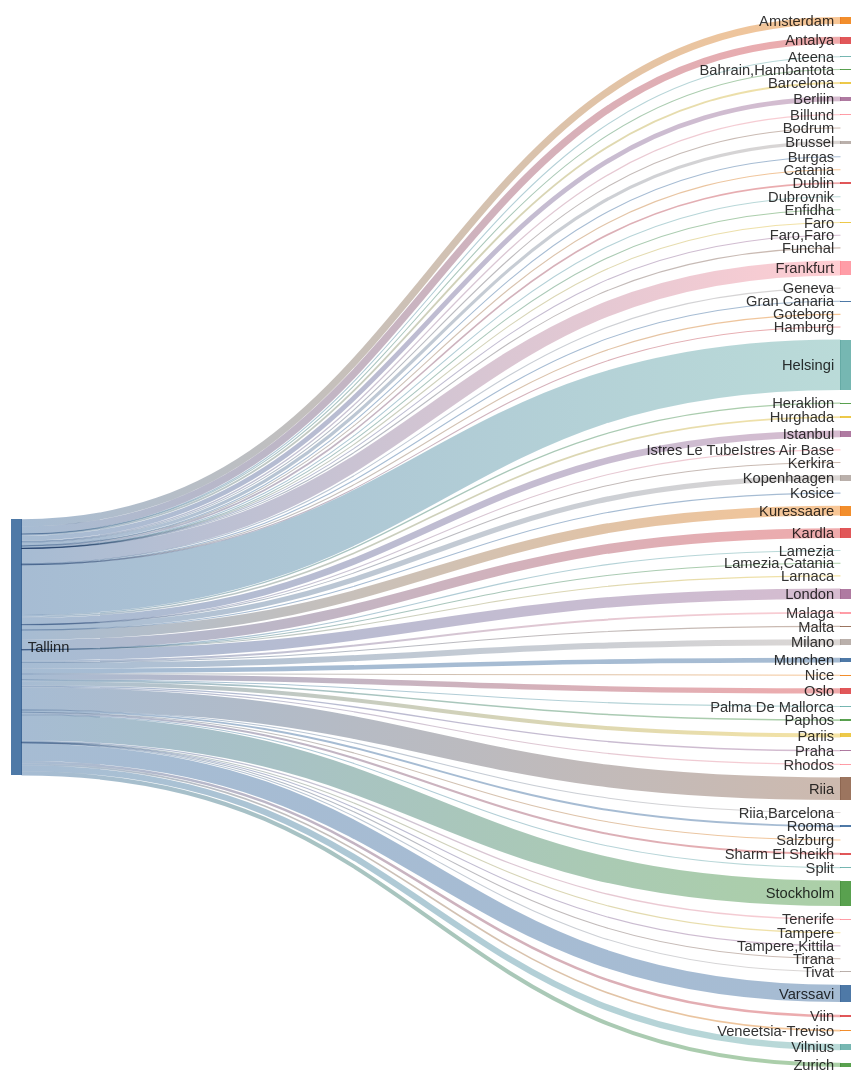
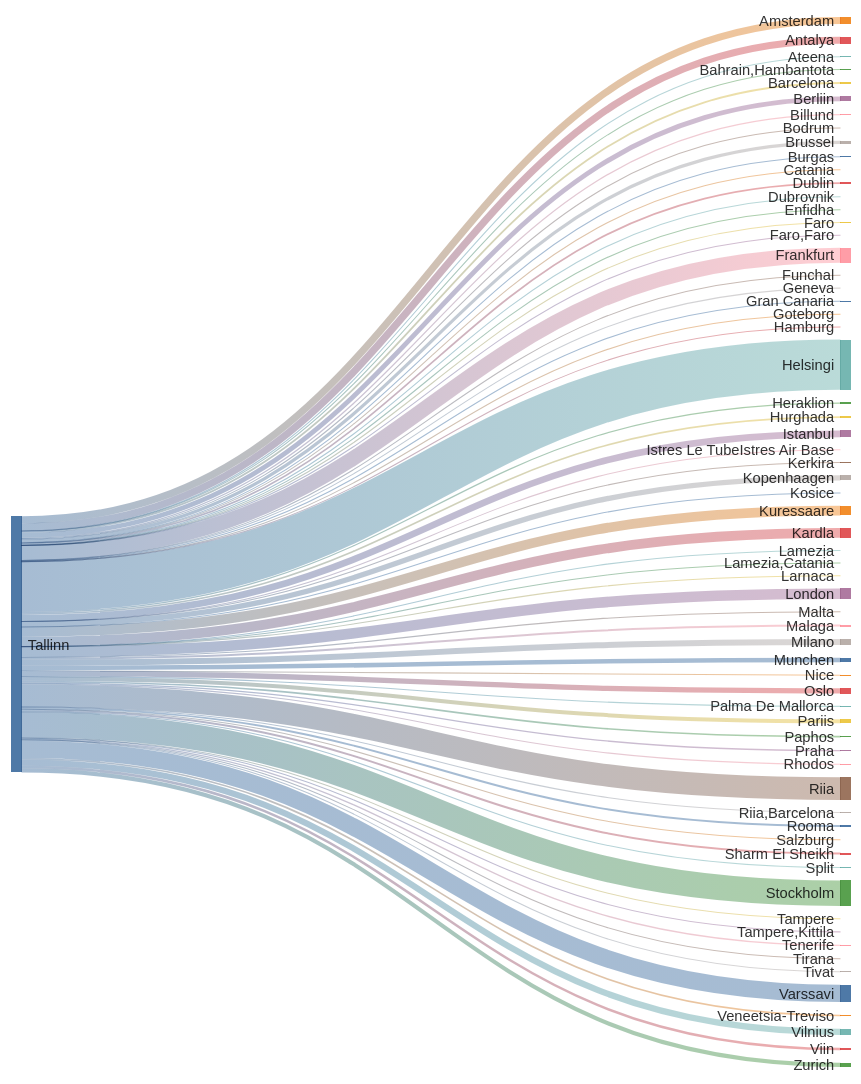
Before and after one commit to rainermesi/tll-airport-departures: the second of 2 diagrams in README.md, drawn with Mermaid. The commit also changed other lines of this file, not shown here.

````diff
--- a/README.md
+++ b/README.md
@@ -34,77 +34,77 @@
 ```mermaid
 ---
 config:
   sankey:
     showValues: false
     width: 800
     height: 1000
 ---
 sankey-beta
 %% source,target,value
-Tallinn,Amsterdam,269
-Tallinn,Antalya,274
+Tallinn,Amsterdam,271
+Tallinn,Antalya,275
 Tallinn,Ateena,16
 Tallinn,"Bahrain,Hambantota",1
 Tallinn,Barcelona,68
-Tallinn,Berliin,183
+Tallinn,Berliin,184
 Tallinn,Billund,49
 Tallinn,Bodrum,11
 Tallinn,Brussel,122
 Tallinn,Burgas,21
 Tallinn,Catania,2
 Tallinn,Dublin,62
 Tallinn,Dubrovnik,21
 Tallinn,Enfidha,7
 Tallinn,Faro,4
 Tallinn,"Faro,Faro",1
-Tallinn,Frankfurt,564
+Tallinn,Frankfurt,567
 Tallinn,Funchal,5
 Tallinn,Geneva,10
 Tallinn,Gran Canaria,33
 Tallinn,Goteborg,1
 Tallinn,Hamburg,1
-Tallinn,Helsingi,1910
+Tallinn,Helsingi,1918
 Tallinn,Heraklion,46
 Tallinn,Hurghada,62
-Tallinn,Istanbul,254
+Tallinn,Istanbul,255
 Tallinn,Istres Le TubeIstres Air Base,2
 Tallinn,Kerkira,4
-Tallinn,Kopenhaagen,202
+Tallinn,Kopenhaagen,203
 Tallinn,Kosice,1
-Tallinn,Kuressaare,371
-Tallinn,Kardla,371
+Tallinn,Kuressaare,373
+Tallinn,Kardla,373
 Tallinn,Lamezia,1
 Tallinn,"Lamezia,Catania",3
 Tallinn,Larnaca,4
-Tallinn,London,399
-Tallinn,Malaga,74
+Tallinn,London,401
+Tallinn,Malaga,75
 Tallinn,Malta,15
-Tallinn,Milano,227
+Tallinn,Milano,228
 Tallinn,Munchen,176
 Tallinn,Nice,25
-Tallinn,Oslo,203
+Tallinn,Oslo,204
 Tallinn,Palma De Mallorca,19
-Tallinn,Paphos,60
-Tallinn,Pariis,152
+Tallinn,Paphos,61
+Tallinn,Pariis,153
 Tallinn,Praha,49
 Tallinn,Rhodos,32
-Tallinn,Riia,856
+Tallinn,Riia,860
 Tallinn,"Riia,Barcelona",1
 Tallinn,Rooma,75
 Tallinn,Salzburg,11
 Tallinn,Sharm El Sheikh,77
 Tallinn,Split,25
-Tallinn,Stockholm,970
+Tallinn,Stockholm,975
 Tallinn,Tampere,17
 Tallinn,"Tampere,Kittila",16
-Tallinn,Tenerife,50
+Tallinn,Tenerife,51
 Tallinn,Tirana,8
 Tallinn,Tivat,26
-Tallinn,Varssavi,657
-Tallinn,Veneetsia-Treviso,61
-Tallinn,Viin,97
-Tallinn,Vilnius,235
-Tallinn,Zurich,156
+Tallinn,Varssavi,661
+Tallinn,Veneetsia-Treviso,62
+Tallinn,Viin,98
+Tallinn,Vilnius,236
+Tallinn,Zurich,157
 
 
 ```
````
